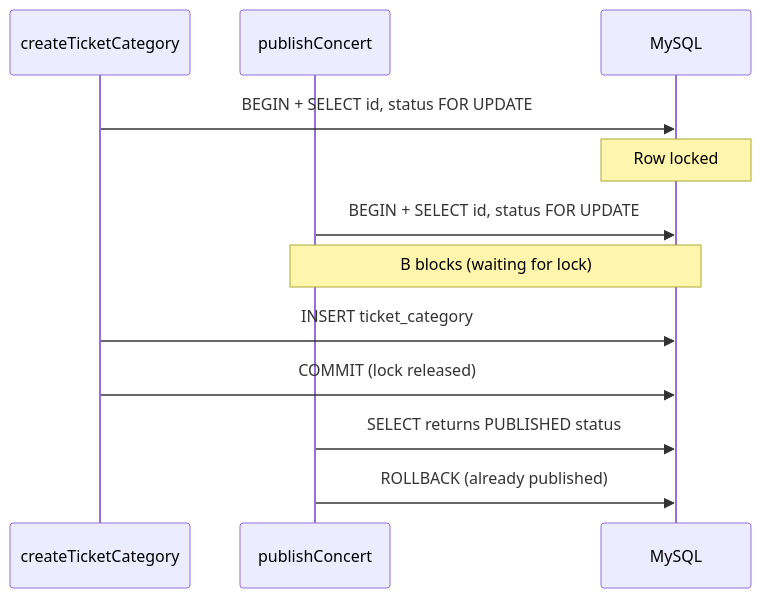
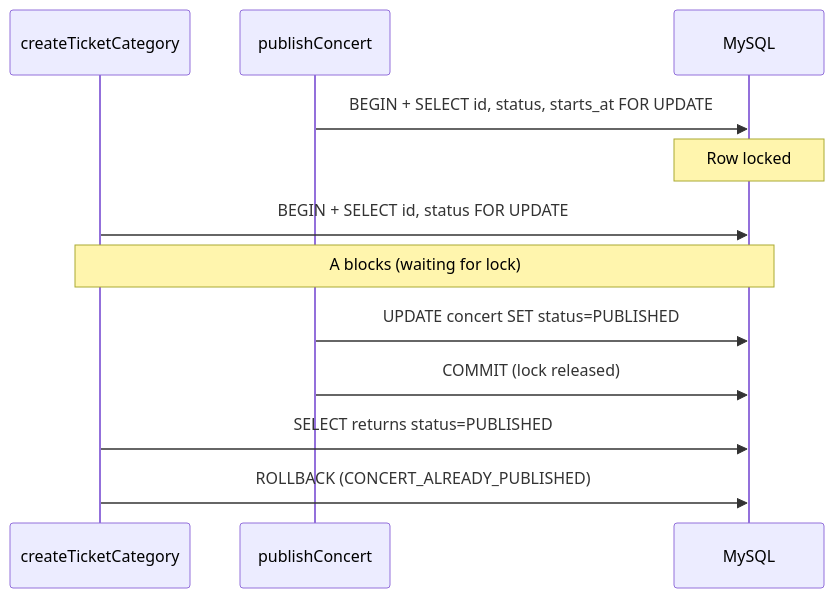
Before and after one commit to Hiendro11/concert-ticket-booking: the fourth of 4 diagrams in docs/01-system-design.md, drawn with Mermaid. The commit also changed other lines of this file and 5 other files, not shown here.

Commit message:
fix: align docs and code, whitespace trim, relative seed dates, TOCTOU diagram

````diff
--- a/docs/01-system-design.md
+++ b/docs/01-system-design.md
@@ -273,15 +275,15 @@
 ```mermaid
 sequenceDiagram
     participant A as createTicketCategory
     participant B as publishConcert
     participant DB as MySQL
 
+    B->>DB: BEGIN + SELECT id, status, starts_at FOR UPDATE
+    Note over DB: Row locked
     A->>DB: BEGIN + SELECT id, status FOR UPDATE
-    Note over DB: Row locked
-    B->>DB: BEGIN + SELECT id, status FOR UPDATE
-    Note over B,DB: B blocks (waiting for lock)
-    A->>DB: INSERT ticket_category
-    A->>DB: COMMIT (lock released)
-    B->>DB: SELECT returns PUBLISHED status
-    B->>DB: ROLLBACK (already published)
+    Note over A,DB: A blocks (waiting for lock)
+    B->>DB: UPDATE concert SET status=PUBLISHED
+    B->>DB: COMMIT (lock released)
+    A->>DB: SELECT returns status=PUBLISHED
+    A->>DB: ROLLBACK (CONCERT_ALREADY_PUBLISHED)
 ```
````
